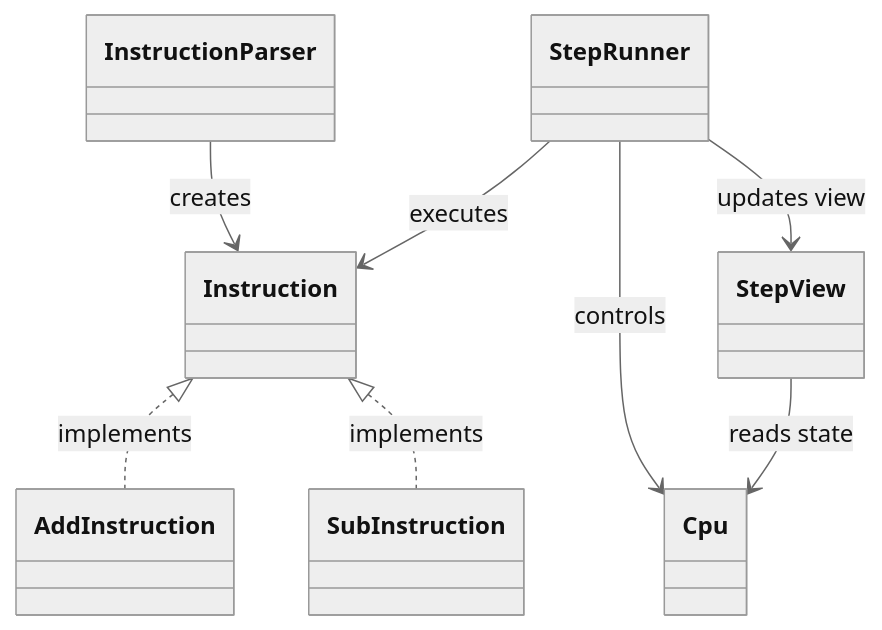
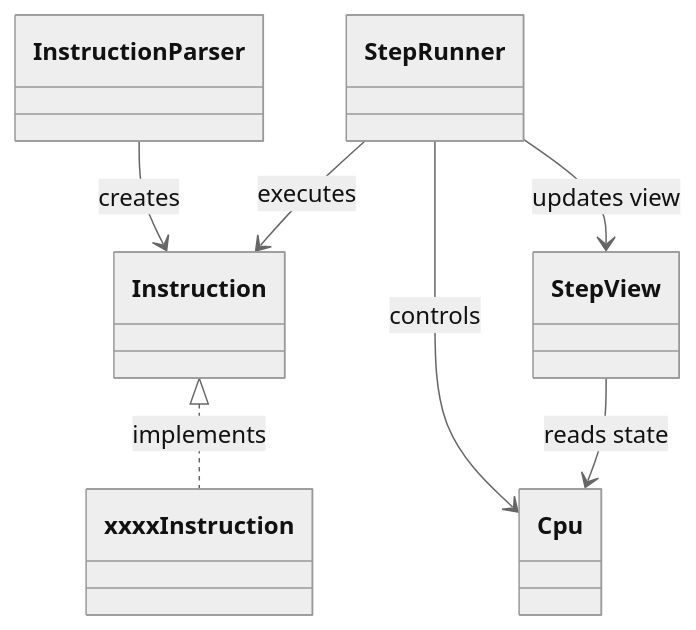
The diagram in README.md (mkunori/MipsStepLab), drawn with Mermaid (neutral theme) before and after one commit.

Commit message:
クラス図少し更新

````diff
--- a/README.md
+++ b/README.md
@@ -145,18 +145,17 @@
 ```mermaid
 classDiagram
 
 class Cpu
 class Instruction
 class InstructionParser
 class StepRunner
 class StepView
 
-Instruction <|.. AddInstruction : implements
-Instruction <|.. SubInstruction : implements
+Instruction <|.. xxxxInstruction : implements
 
 InstructionParser --> Instruction : creates
 StepRunner --> Instruction : executes
 StepRunner --> Cpu : controls
 StepRunner --> StepView : updates view
 StepView --> Cpu : reads state
 ```
````
